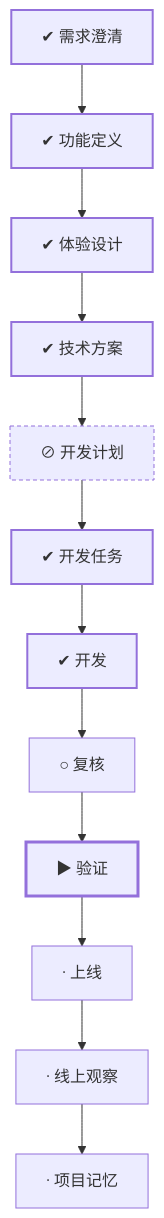
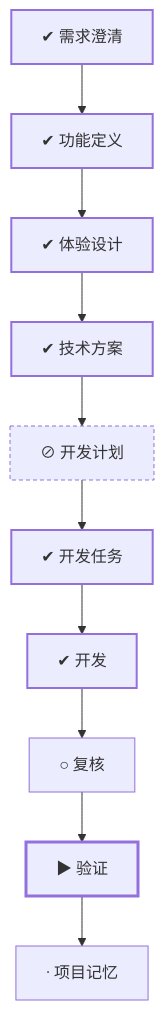
Before and after one commit to charon2121/cherry-oj: the diagram in development/works/WORK-019/00-work.md, drawn with Mermaid. The commit also changed other lines of this file and 85 other files, not shown here.

````diff
--- a/development/works/WORK-019/00-work.md
+++ b/development/works/WORK-019/00-work.md
@@ -37,23 +37,21 @@
 ```mermaid
 flowchart TD
     clarify["✔ 需求澄清"]
     definition["✔ 功能定义"]
     experience["✔ 体验设计"]
     design["✔ 技术方案"]
     plan["⊘ 开发计划"]
     tasks["✔ 开发任务"]
     development["✔ 开发"]
     review["○ 复核"]
     verification["▶ 验证"]
-    release["· 上线"]
-    observe["· 线上观察"]
     memory["· 项目记忆"]
-    clarify --> definition --> experience --> design --> plan --> tasks --> development --> review --> verification --> release --> observe --> memory
+    clarify --> definition --> experience --> design --> plan --> tasks --> development --> review --> verification --> memory
     classDef done stroke-width:2px
     classDef doing stroke-width:3px
     classDef skipped stroke-dasharray:4 3
     classDef blocked stroke-width:3px,stroke-dasharray:2 2
     class clarify,definition,experience,design,tasks,development done
     class verification doing
     class plan skipped
 ```
````
